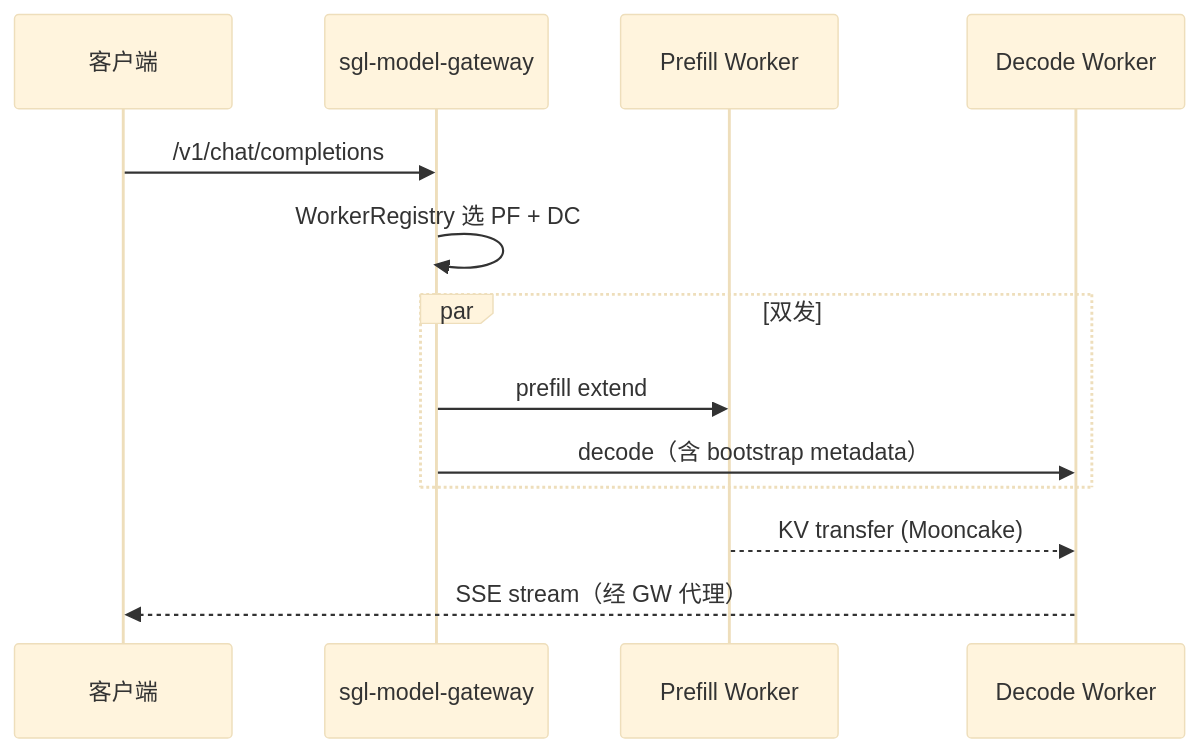
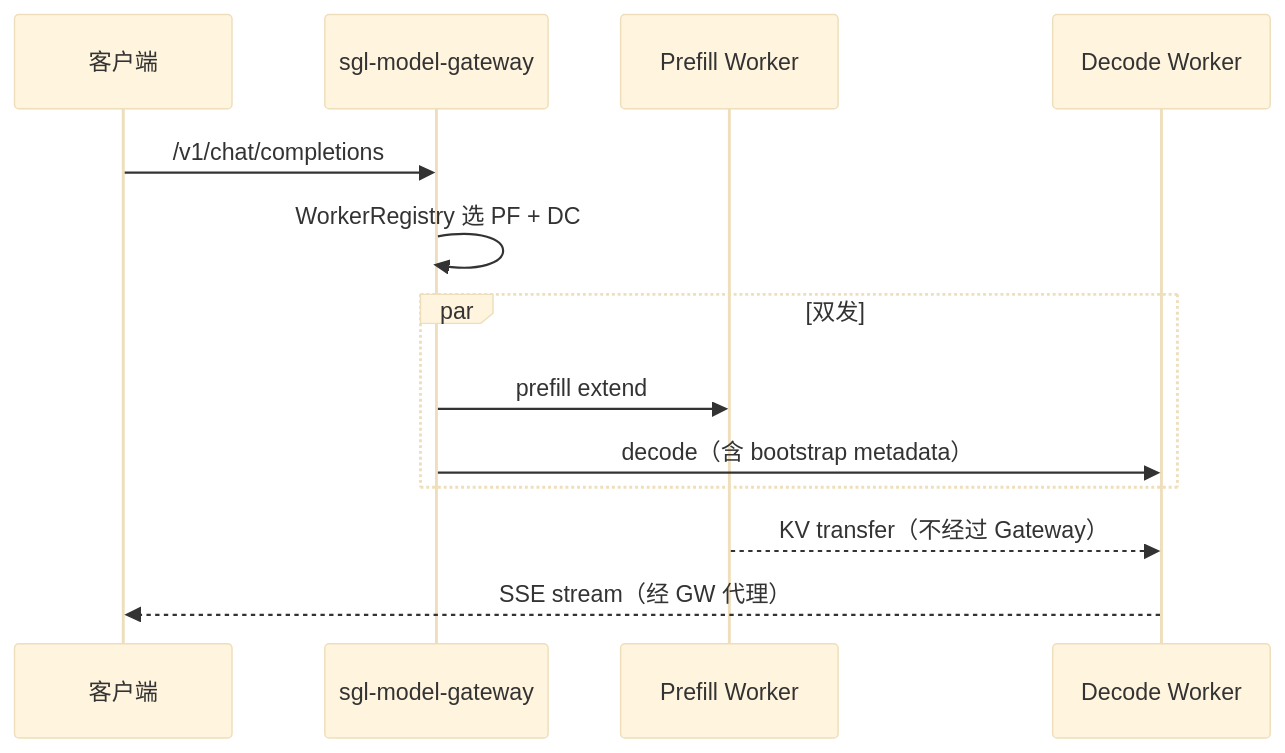
One commit to OnlyHero5/sglang-reading-vault changed the diagram in sglang_reading/扩展组件/model-gateway/SGLang-model-gateway-核心概念.md. Above: the diagram before and after it, drawn with Mermaid (base theme). The commit also changed other lines of this file and 512 other files, not shown here.

````diff
--- a/sglang_reading/扩展组件/model-gateway/SGLang-model-gateway-核心概念.md
+++ b/sglang_reading/扩展组件/model-gateway/SGLang-model-gateway-核心概念.md
@@ -38,16 +38,16 @@
 ```mermaid
 sequenceDiagram
  participant Client as 客户端
  participant GW as sgl-model-gateway
  participant PF as Prefill Worker
  participant DC as Decode Worker
 
  Client->>GW: /v1/chat/completions
  GW->>GW: WorkerRegistry 选 PF + DC
  par 双发
  GW->>PF: prefill extend
  GW->>DC: decode（含 bootstrap metadata）
  end
- PF-->>DC: KV transfer (Mooncake)
+ PF-->>DC: KV transfer（不经过 Gateway）
  DC-->>Client: SSE stream（经 GW 代理）
 ```
````
